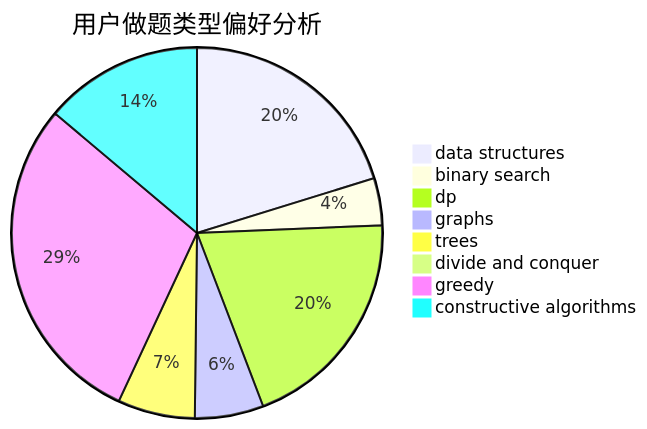
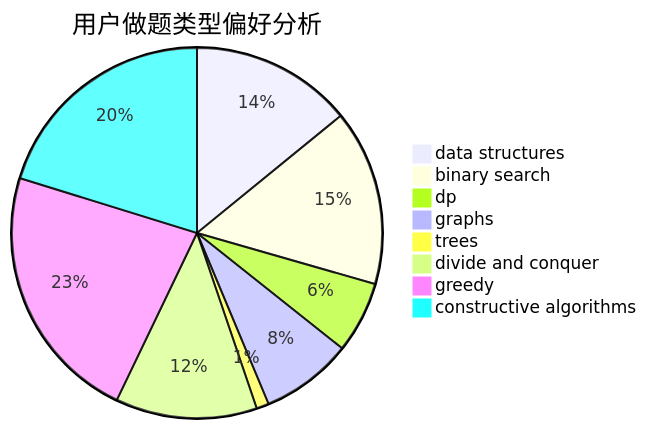
Before and after one commit to sherpahu/cfrs.github.io: the second of 3 diagrams in docs/user/u2382.md, drawn with Mermaid. The commit also changed other lines of this file and 2770 other files, not shown here.

````diff
--- a/docs/user/u2382.md
+++ b/docs/user/u2382.md
@@ -23,11 +23,11 @@
 ```mermaid
 pie title 用户做题类型偏好分析
-    "data structures" :  54
-    "binary search" :  11
-    "dp" :  53
-    "graphs" :  16
-    "trees" :  18
-    "divide and conquer" :  0
-    "greedy" :  78
-    "constructive algorithms" :  37
+    "data structures" :  104
+    "binary search" :  113
+    "dp" :  46
+    "graphs" :  59
+    "trees" :  8
+    "divide and conquer" :  91
+    "greedy" :  167
+    "constructive algorithms" :  149
 ```
````
